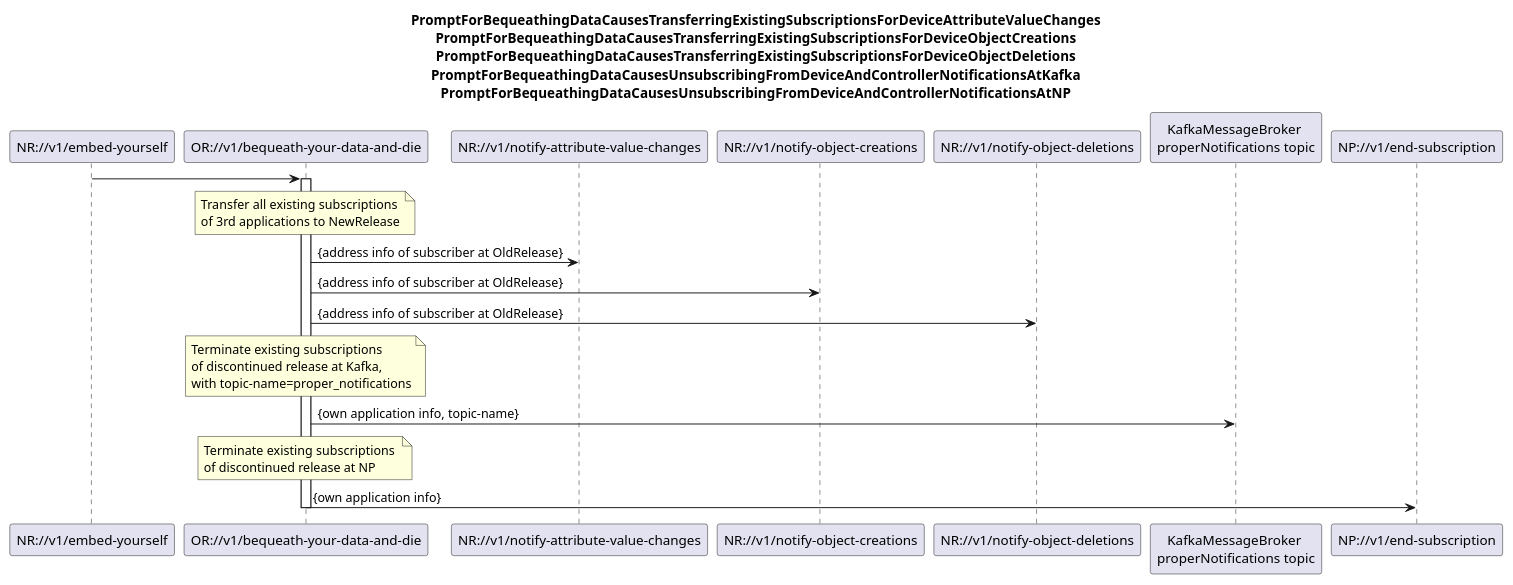
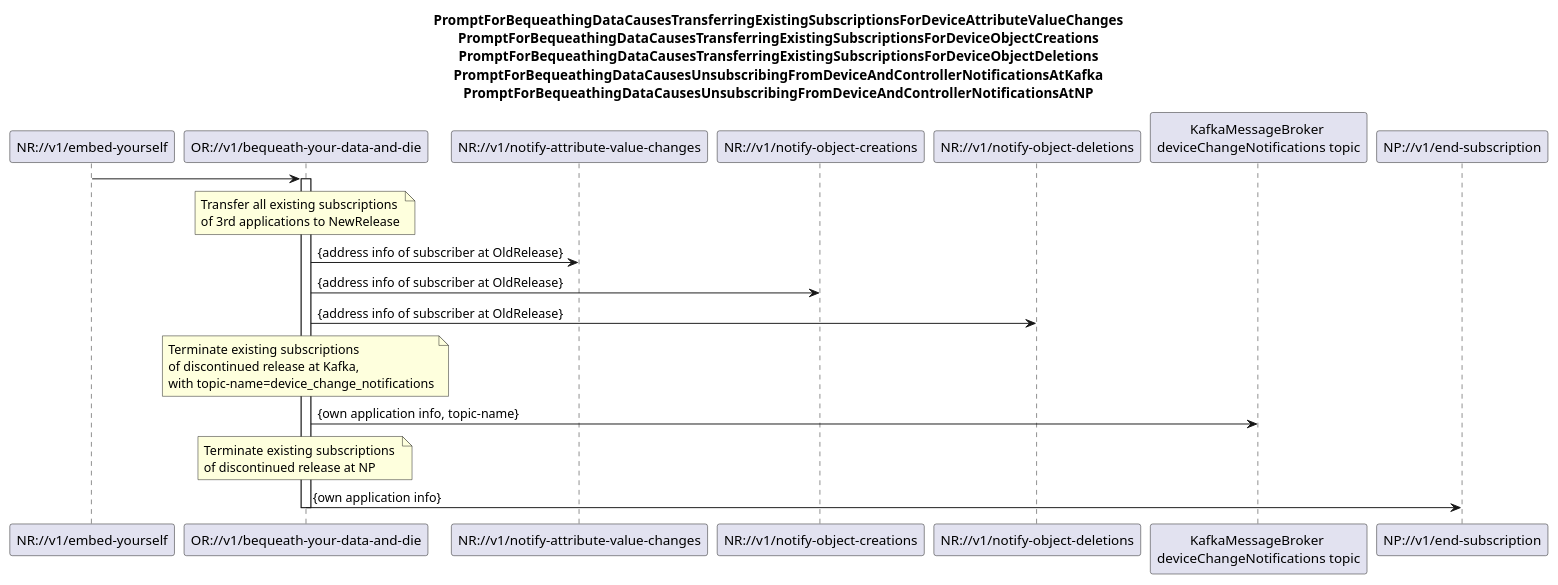
One commit to openBackhaul/MicroWaveDeviceInventory changed the diagram in spec/diagrams/09x_BequeathYourDataAndDie.plantuml. Above: the diagram before and after it, drawn with PlantUML. The commit also changed 7 other files, not shown here.

Commit message:
Rename proper_notifications topic to device_change_notifications Fixes #1333

```diff
--- a/spec/diagrams/09x_BequeathYourDataAndDie.plantuml
+++ b/spec/diagrams/09x_BequeathYourDataAndDie.plantuml
@@ -1,47 +1,47 @@
 @startuml 09x_BequeathYourDataAndDie
 skinparam responseMessageBelowArrow true
 
 title
 PromptForBequeathingDataCausesTransferringExistingSubscriptionsForDeviceAttributeValueChanges
 PromptForBequeathingDataCausesTransferringExistingSubscriptionsForDeviceObjectCreations
 PromptForBequeathingDataCausesTransferringExistingSubscriptionsForDeviceObjectDeletions
 PromptForBequeathingDataCausesUnsubscribingFromDeviceAndControllerNotificationsAtKafka
 PromptForBequeathingDataCausesUnsubscribingFromDeviceAndControllerNotificationsAtNP
 end title
 
 participant "NR://v1/embed-yourself" as NewRelease
 participant "OR://v1/bequeath-your-data-and-die" as OldRelease
 participant "NR://v1/notify-attribute-value-changes" as notifyAttributeChange
 participant "NR://v1/notify-object-creations" as notifyObjectCreation
 participant "NR://v1/notify-object-deletions" as notifyObjectDeletion
-participant "KafkaMessageBroker \nproperNotifications topic" as endSubsriptionAtKafka
+participant "KafkaMessageBroker \ndeviceChangeNotifications topic" as endSubsriptionAtKafka
 participant "NP://v1/end-subscription" as endSubsriptionAtNp
 
 NewRelease -> OldRelease
 activate OldRelease
 
 note over OldRelease
 Transfer all existing subscriptions 
 of 3rd applications to NewRelease
 end note
 OldRelease -> notifyAttributeChange: {address info of subscriber at OldRelease}
 OldRelease -> notifyObjectCreation: {address info of subscriber at OldRelease}
 OldRelease -> notifyObjectDeletion: {address info of subscriber at OldRelease}
 
 note over OldRelease
 Terminate existing subscriptions 
 of discontinued release at Kafka,
-with topic-name=proper_notifications
+with topic-name=device_change_notifications
 end note
 OldRelease -> endSubsriptionAtKafka: {own application info, topic-name}
 
 note over OldRelease
 Terminate existing subscriptions 
 of discontinued release at NP
 end note
 OldRelease -> endSubsriptionAtNp: {own application info}
 
 
 deactivate OldRelease
 
 @enduml
```
